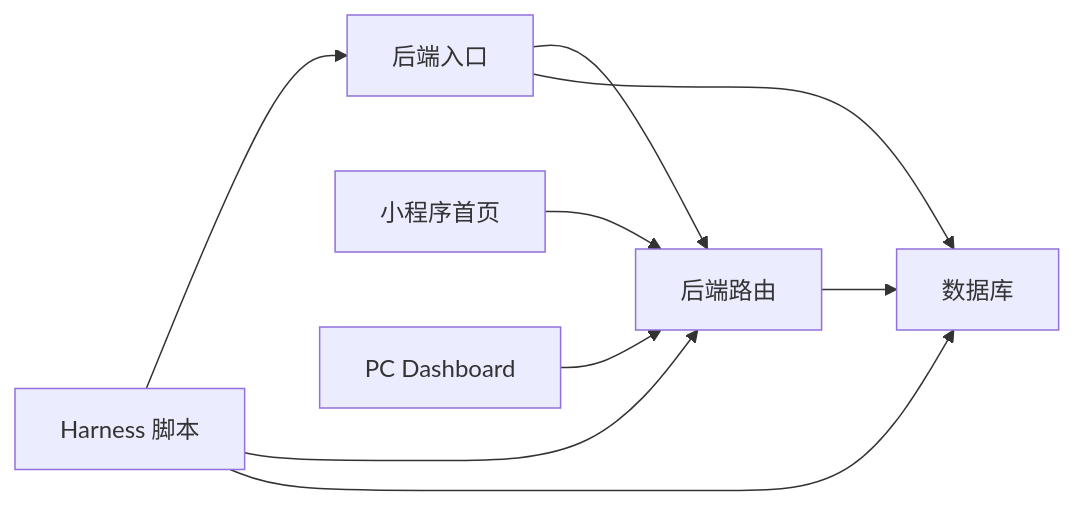
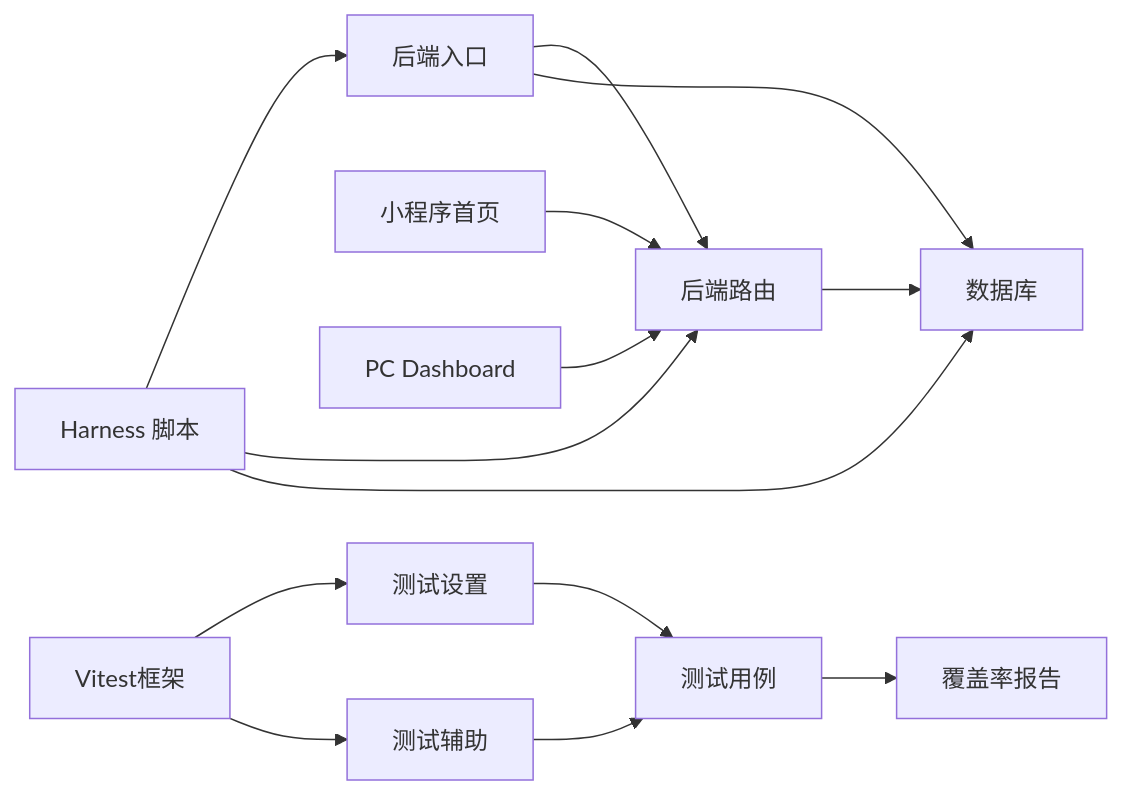
The seventh of 7 diagrams in .qoder/repowiki/zh/content/测试策略/测试策略.md (dawny123123/StarParadise), drawn with Mermaid before and after one commit. The commit also changed other lines of this file and 102 other files, not shown here.

````diff
--- a/.qoder/repowiki/zh/content/测试策略/测试策略.md
+++ b/.qoder/repowiki/zh/content/测试策略/测试策略.md
@@ -282,11 +378,16 @@
 ```mermaid
 graph LR
 API["后端路由"] --> DB["数据库"]
 Index["后端入口"] --> API
 Index --> DB
 MPIndex["小程序首页"] --> API
 PCView["PC Dashboard"] --> API
 Harness["Harness 脚本"] --> Index
 Harness --> API
 Harness --> DB
+Vitest["Vitest框架"] --> VSetup["测试设置"]
+Vitest --> VHelpers["测试辅助"]
+VSetup --> VTests["测试用例"]
+VHelpers --> VTests
+VTests --> Coverage["覆盖率报告"]
 ```
````
